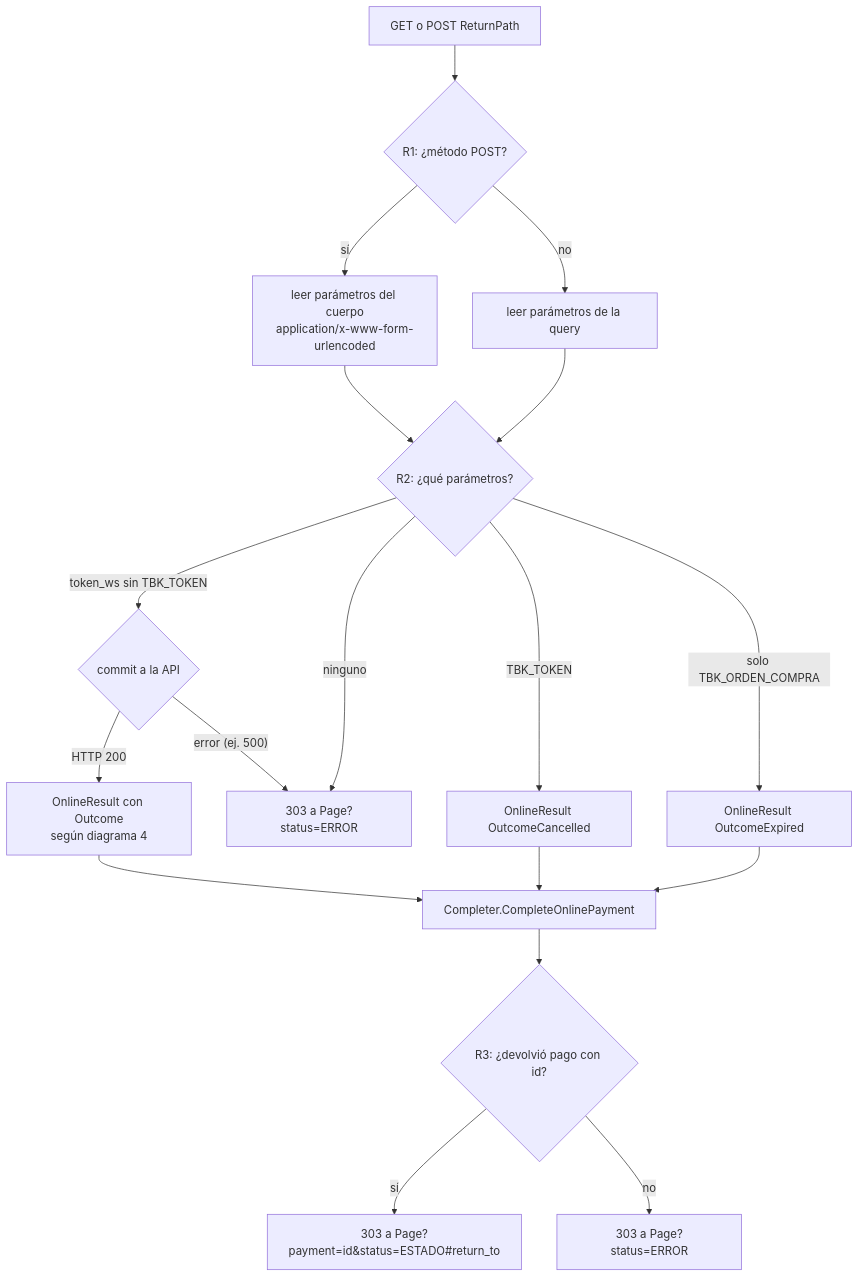
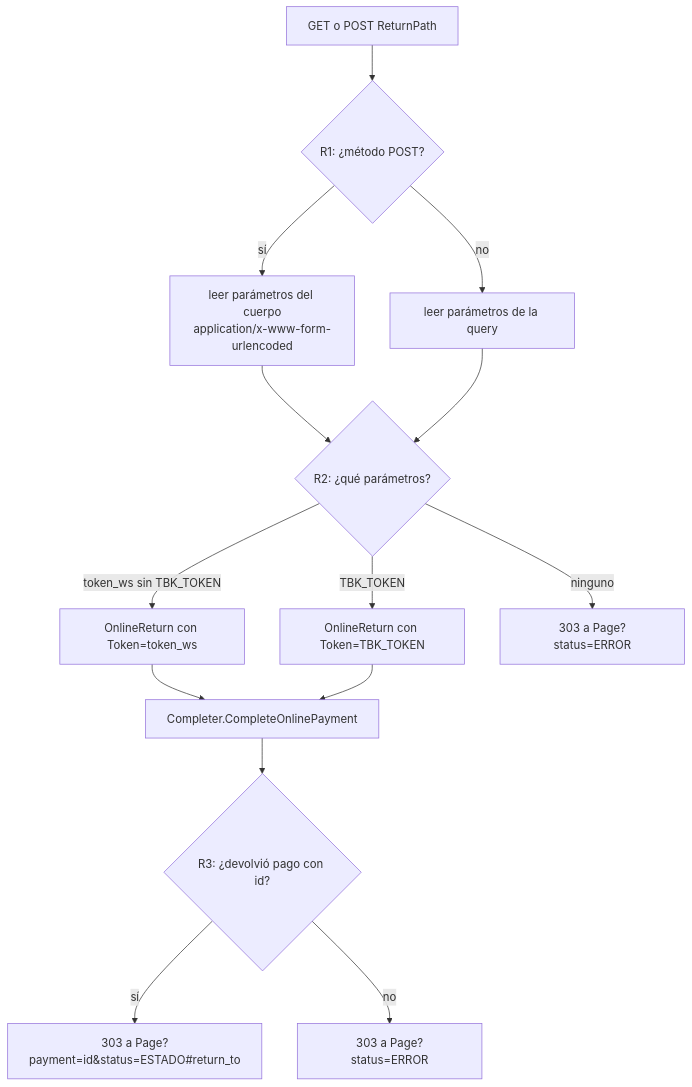
One commit to veltylabs/transbank changed the sixth of 6 diagrams in docs/diagrams/flows.md. Above: the diagram before and after it, drawn with Mermaid. The commit also changed other lines of this file and 12 other files, not shown here.

````diff
--- a/docs/diagrams/flows.md
+++ b/docs/diagrams/flows.md
@@ -87,20 +87,16 @@
 ```mermaid
 flowchart TD
     A[GET o POST ReturnPath] --> R1{R1: ¿método POST?}
     R1 -- sí --> PB[leer parámetros del cuerpo<br>application/x-www-form-urlencoded]
     R1 -- no --> PQ[leer parámetros de la query]
     PB --> R2
     PQ --> R2{R2: ¿qué parámetros?}
-    R2 -- "token_ws sin TBK_TOKEN" --> C{commit a la API}
-    C -- "HTTP 200" --> N[OnlineResult con Outcome<br>según diagrama 4]
-    C -- "error (ej. 500)" --> BAD
-    R2 -- TBK_TOKEN --> AB[OnlineResult OutcomeCancelled]
-    R2 -- "solo TBK_ORDEN_COMPRA" --> TO[OnlineResult OutcomeExpired]
+    R2 -- "token_ws sin TBK_TOKEN" --> N[OnlineReturn con Token=token_ws]
+    R2 -- TBK_TOKEN --> AB[OnlineReturn con Token=TBK_TOKEN]
     R2 -- ninguno --> BAD[303 a Page?status=ERROR]
     N --> CP[Completer.CompleteOnlinePayment]
     AB --> CP
-    TO --> CP
     CP --> R3{R3: ¿devolvió pago con id?}
     R3 -- sí --> OK[303 a Page?payment=id&status=ESTADO#return_to]
     R3 -- no --> ERR[303 a Page?status=ERROR]
 ```
````
